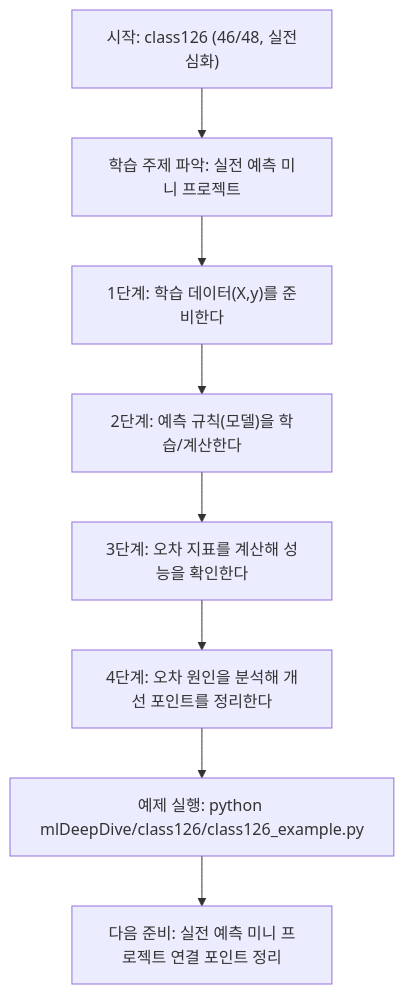
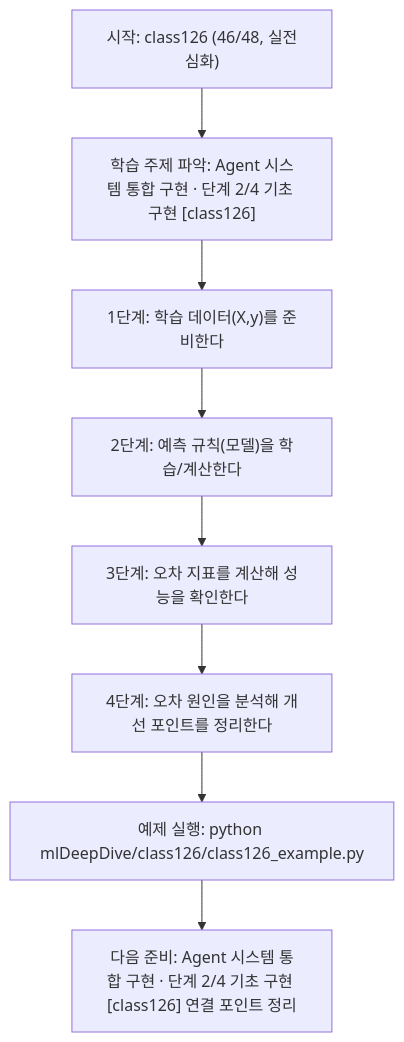
The diagram in mlDeepDive/class126/class126.md (edumgt/Python-AI_Agent-Class), drawn with Mermaid before and after one commit. The commit also changed other lines of this file and 522 other files, not shown here.

````diff
--- a/mlDeepDive/class126/class126.md
+++ b/mlDeepDive/class126/class126.md
@@ -110,18 +111,18 @@
 ```mermaid
 flowchart TD
 N1["시작: class126 (46/48, 실전심화)"]
-N2["학습 주제 파악: 실전 예측 미니 프로젝트"]
+N2["학습 주제 파악: Agent 시스템 통합 구현 · 단계 2/4 기초 구현 [class126]"]
 N3["1단계: 학습 데이터(X,y)를 준비한다"]
 N4["2단계: 예측 규칙(모델)을 학습/계산한다"]
 N5["3단계: 오차 지표를 계산해 성능을 확인한다"]
 N6["4단계: 오차 원인을 분석해 개선 포인트를 정리한다"]
 N7["예제 실행: python mlDeepDive/class126/class126_example.py"]
-N8["다음 준비: 실전 예측 미니 프로젝트 연결 포인트 정리"]
+N8["다음 준비: Agent 시스템 통합 구현 · 단계 2/4 기초 구현 [class126] 연결 포인트 정리"]
 N1 --> N2
 N2 --> N3
 N3 --> N4
 N4 --> N5
 N5 --> N6
 N6 --> N7
 N7 --> N8
 ```
````
